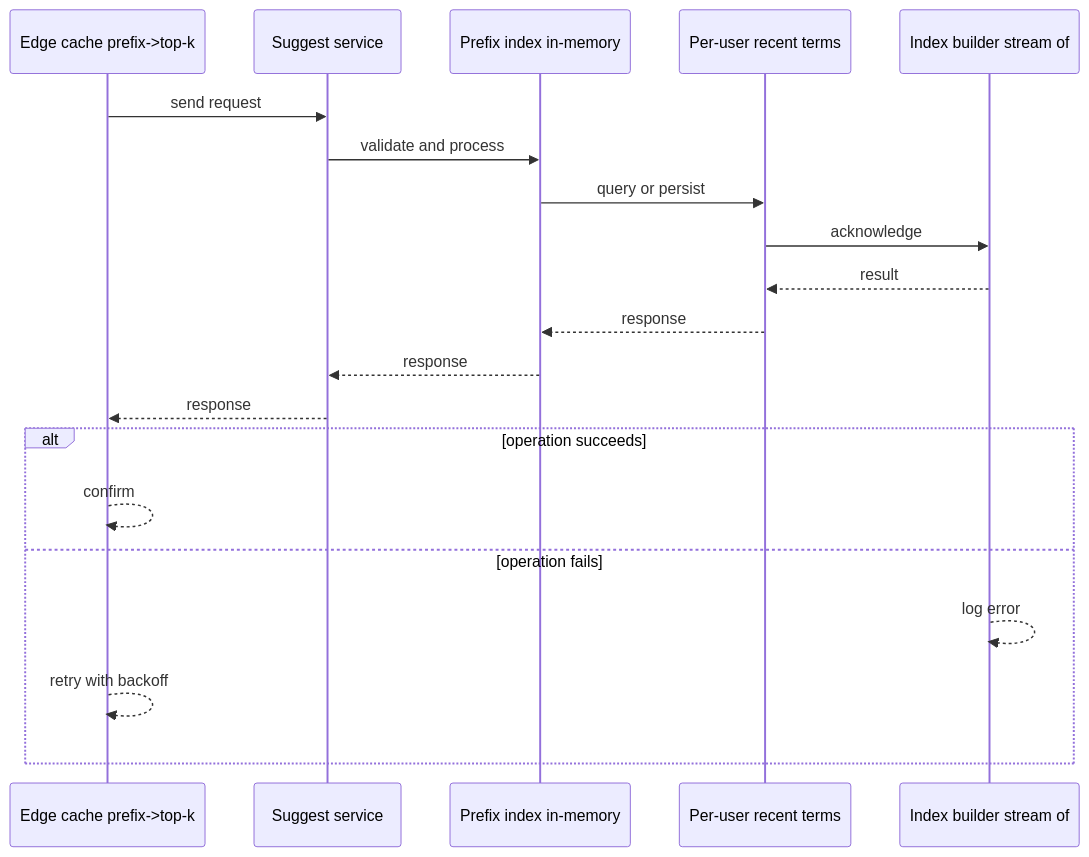
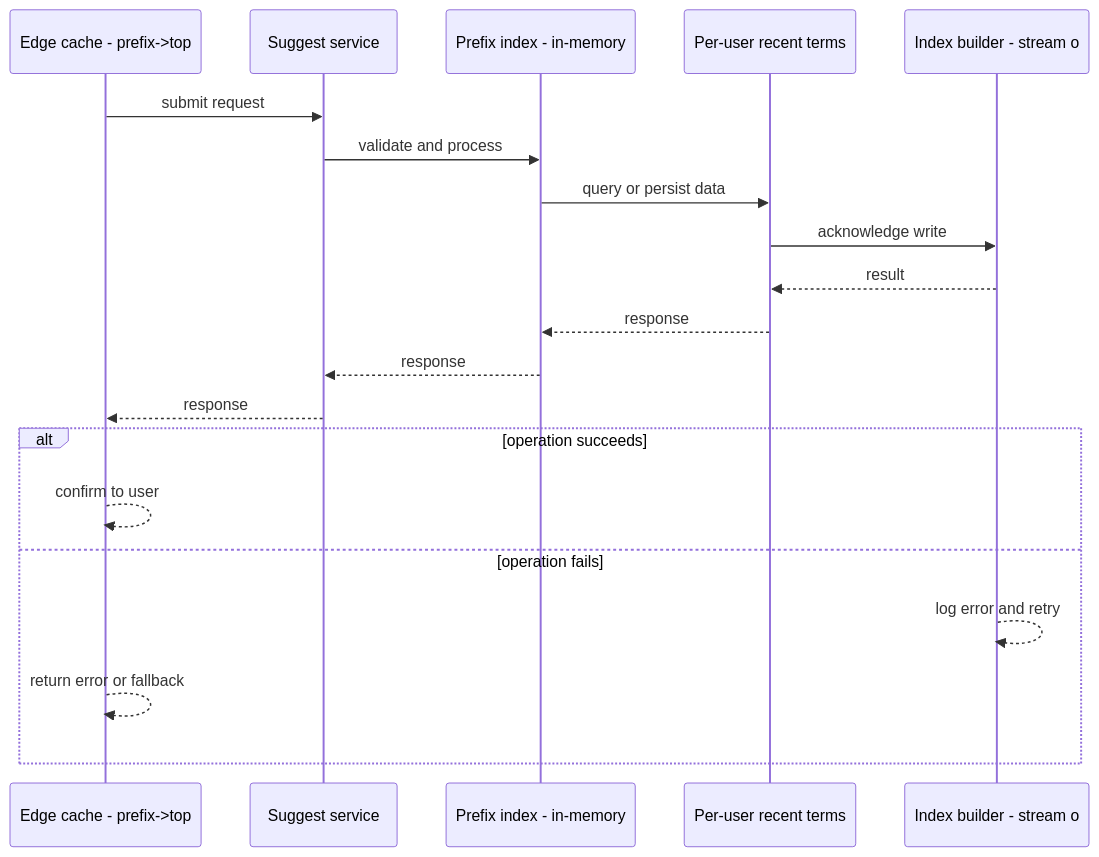
The second of 4 diagrams in case-studies/intermediate/search-autocomplete.md (RIT-MESH/system-design-mastery), drawn with Mermaid before and after one commit. The commit also changed other lines of this file and 127 other files, not shown here.

First line of the commit message:
Improve all case study diagrams: case-specific sequences, fix truncated labels

````diff
--- a/case-studies/intermediate/search-autocomplete.md
+++ b/case-studies/intermediate/search-autocomplete.md
@@ -79,23 +79,23 @@
 ```mermaid
 %% created-for: system-design-mastery
 sequenceDiagram
-  participant C0 as Edge cache prefix->top-k
-  participant C1 as Suggest service
-  participant C2 as Prefix index in-memory
-  participant C3 as Per-user recent terms
-  participant C4 as Index builder stream of
-  C0 ->> C1: send request
-  C1 ->> C2: validate and process
-  C2 ->> C3: query or persist
-  C3 ->> C4: acknowledge
-  C4 -->> C3: result
-  C3 -->> C2: response
-  C2 -->> C1: response
-  C1 -->> C0: response
+  participant P0 as Edge cache - prefix->top
+  participant P1 as Suggest service
+  participant P2 as Prefix index - in-memory
+  participant P3 as Per-user recent terms
+  participant P4 as Index builder - stream o
+  P0 ->> P1: submit request
+  P1 ->> P2: validate and process
+  P2 ->> P3: query or persist data
+  P3 ->> P4: acknowledge write
+  P4 -->> P3: result
+  P3 -->> P2: response
+  P2 -->> P1: response
+  P1 -->> P0: response
   alt operation succeeds
-    C0 -->> C0: confirm
+    P0 -->> P0: confirm to user
   else operation fails
-    C4 -->> C4: log error
-    C0 -->> C0: retry with backoff
+    P4 -->> P4: log error and retry
+    P0 -->> P0: return error or fallback
   end
 ```
````
